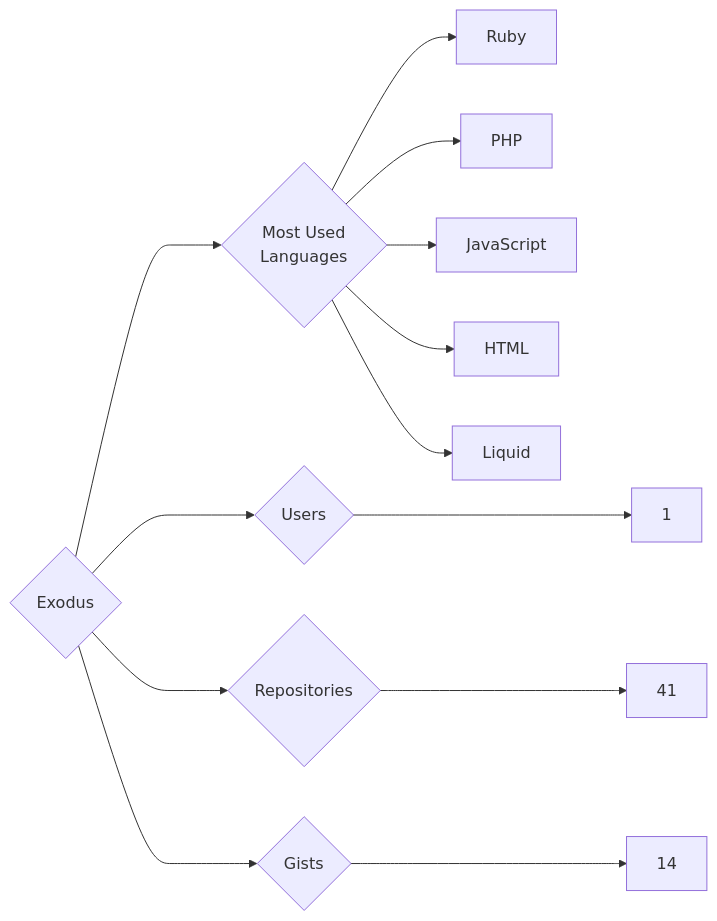
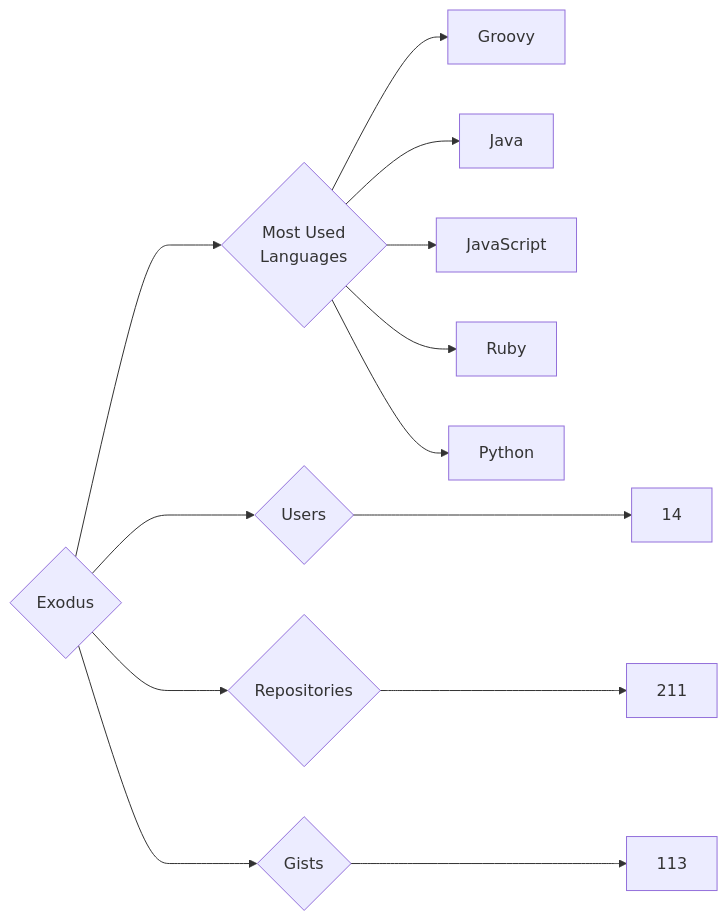
The diagram in targets/Exodus/README.md (trickest/insiders), drawn with Mermaid before and after one commit. The commit also changed 644 other files, not shown here.

````diff
--- a/targets/Exodus/README.md
+++ b/targets/Exodus/README.md
@@ -3,13 +3,13 @@
 ```mermaid
 graph LR
 COMPANY_NAME{Exodus}
-COMPANY_NAME ---> U{Users} ---> UN[1]
-COMPANY_NAME ---> R{Repositories} ---> RN[41]
-COMPANY_NAME ---> G{Gists} ---> GN[14]
+COMPANY_NAME ---> U{Users} ---> UN[14]
+COMPANY_NAME ---> R{Repositories} ---> RN[211]
+COMPANY_NAME ---> G{Gists} ---> GN[113]
 COMPANY_NAME ---> ML{Most Used<br>Languages}
+ML --> Groovy[Groovy]
+ML --> Java[Java]
+ML --> JavaScript[JavaScript]
 ML --> Ruby[Ruby]
-ML --> PHP[PHP]
-ML --> JavaScript[JavaScript]
-ML --> HTML[HTML]
-ML --> Liquid[Liquid]
+ML --> Python[Python]
 ```
````
